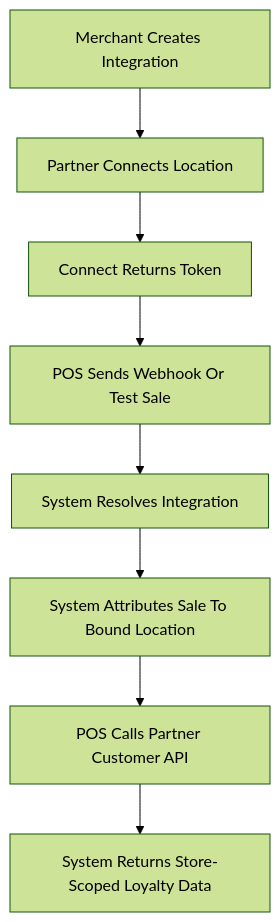
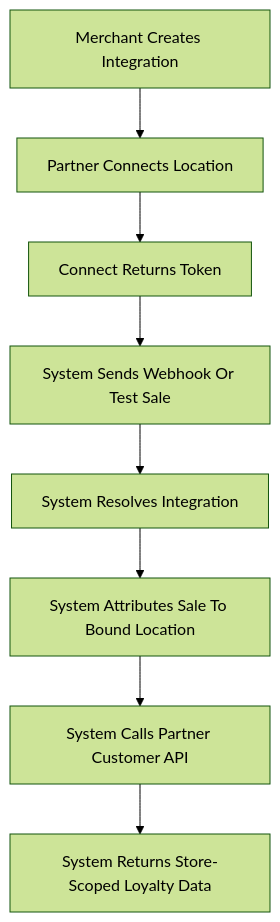
One commit to krischal07/docs changed the diagram in PARTNER-HANDOFF.md. Above: the diagram before and after it, drawn with Mermaid (forest theme). The commit also changed other lines of this file and 112 other files, not shown here.

Commit message:
docs chaged for pos-system

````diff
--- a/PARTNER-HANDOFF.md
+++ b/PARTNER-HANDOFF.md
@@ -26,10 +26,10 @@
 ```mermaid
 flowchart TD
   A["Merchant Creates Integration"] --> B["Partner Connects Location"]
   B --> C["Connect Returns Token"]
-  C --> D["POS Sends Webhook Or Test Sale"]
+  C --> D["System Sends Webhook Or Test Sale"]
   D --> E["System Resolves Integration"]
   E --> F["System Attributes Sale To Bound Location"]
-  F --> G["POS Calls Partner Customer API"]
+  F --> G["System Calls Partner Customer API"]
   G --> H["System Returns Store-Scoped Loyalty Data"]
 ```
````
